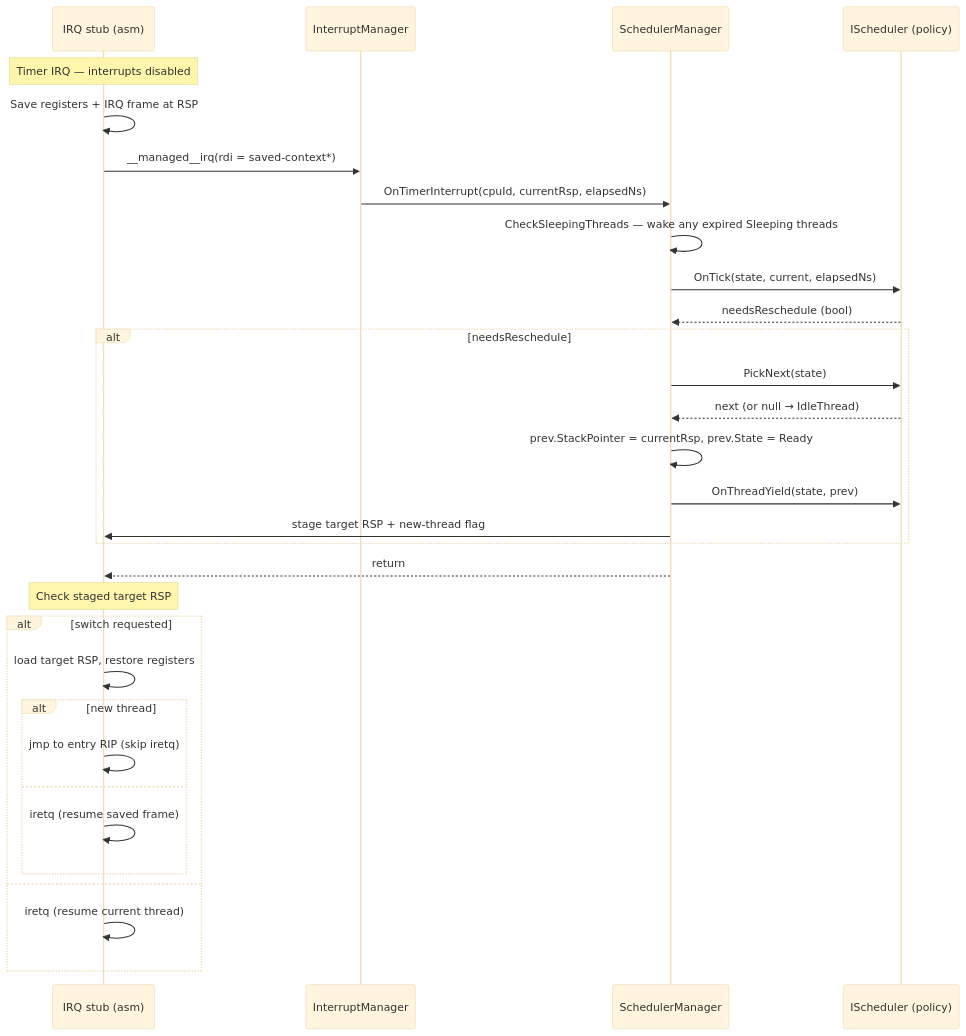
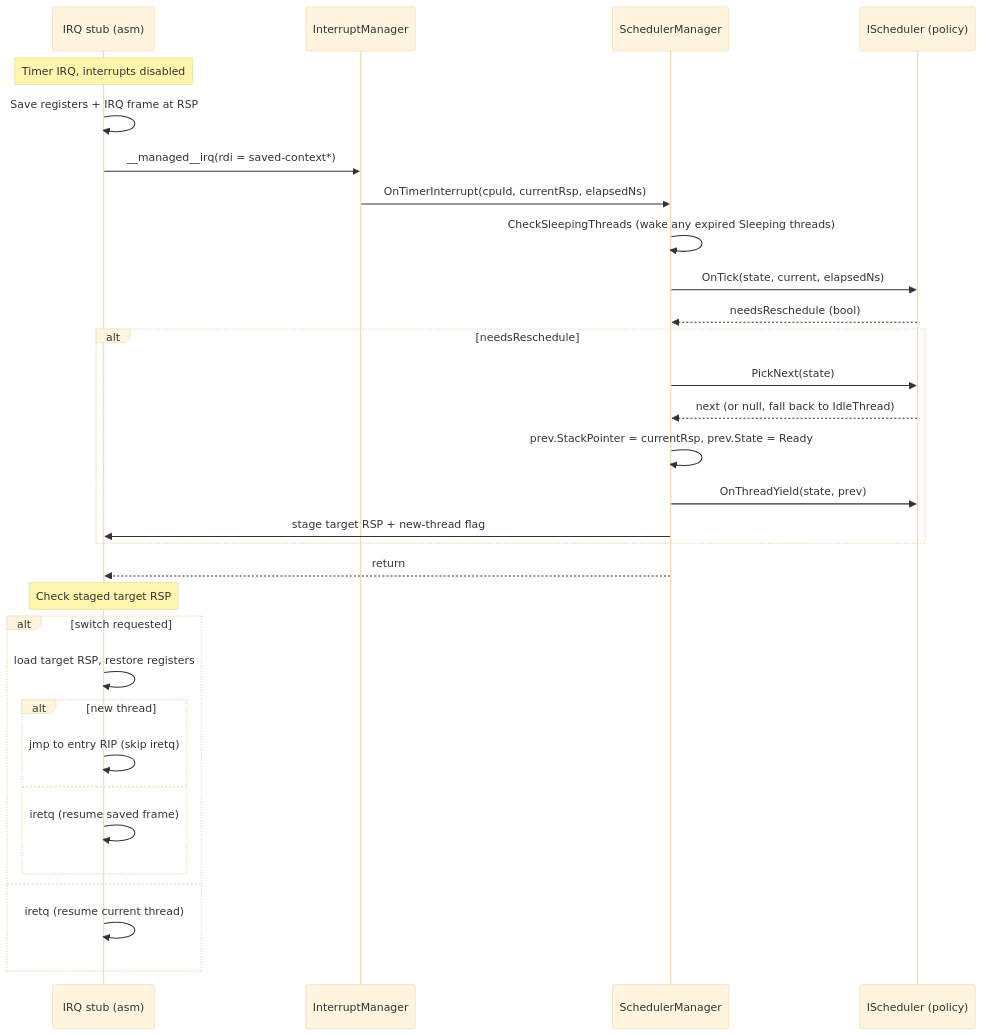
Before and after one commit to valentinbreiz/nativeaot-patcher: the second of 2 diagrams in docs/articles/scheduler.md, drawn with Mermaid (base theme). The commit also changed other lines of this file, not shown here.

````diff
--- a/docs/articles/scheduler.md
+++ b/docs/articles/scheduler.md
@@ -138,34 +138,34 @@
 ```mermaid
 sequenceDiagram
     participant ASM as IRQ stub (asm)
     participant IM as InterruptManager
     participant SM as SchedulerManager
     participant SC as IScheduler (policy)
 
-    Note over ASM: Timer IRQ — interrupts disabled
+    Note over ASM: Timer IRQ, interrupts disabled
     ASM->>ASM: Save registers + IRQ frame at RSP
     ASM->>IM: __managed__irq(rdi = saved-context*)
     IM->>SM: OnTimerInterrupt(cpuId, currentRsp, elapsedNs)
-    SM->>SM: CheckSleepingThreads — wake any expired Sleeping threads
+    SM->>SM: CheckSleepingThreads (wake any expired Sleeping threads)
     SM->>SC: OnTick(state, current, elapsedNs)
     SC-->>SM: needsReschedule (bool)
     alt needsReschedule
         SM->>SC: PickNext(state)
-        SC-->>SM: next (or null → IdleThread)
+        SC-->>SM: next (or null, fall back to IdleThread)
         SM->>SM: prev.StackPointer = currentRsp, prev.State = Ready
         SM->>SC: OnThreadYield(state, prev)
         SM->>ASM: stage target RSP + new-thread flag
     end
     SM-->>ASM: return
     Note over ASM: Check staged target RSP
     alt switch requested
         ASM->>ASM: load target RSP, restore registers
         alt new thread
             ASM->>ASM: jmp to entry RIP (skip iretq)
         else
             ASM->>ASM: iretq (resume saved frame)
         end
     else
         ASM->>ASM: iretq (resume current thread)
     end
 ```
````
